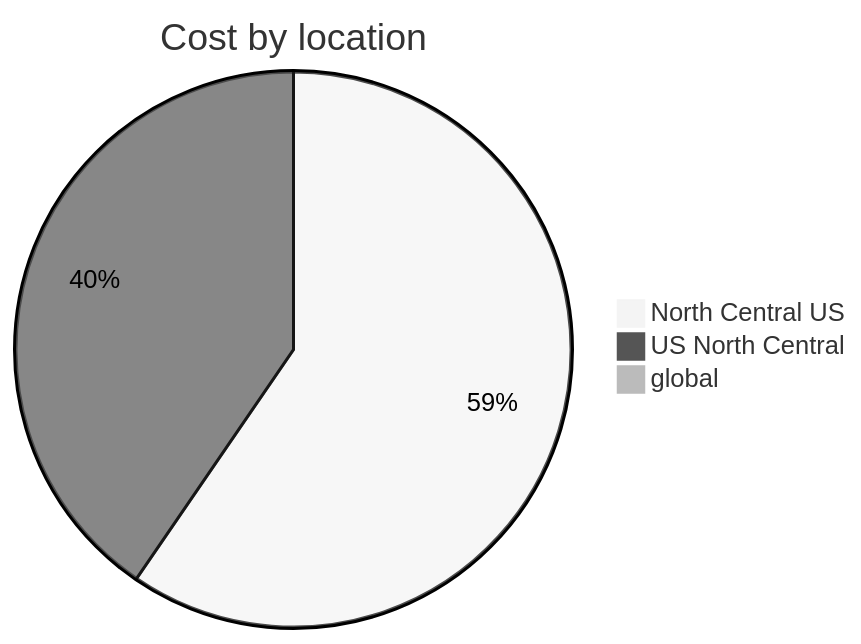
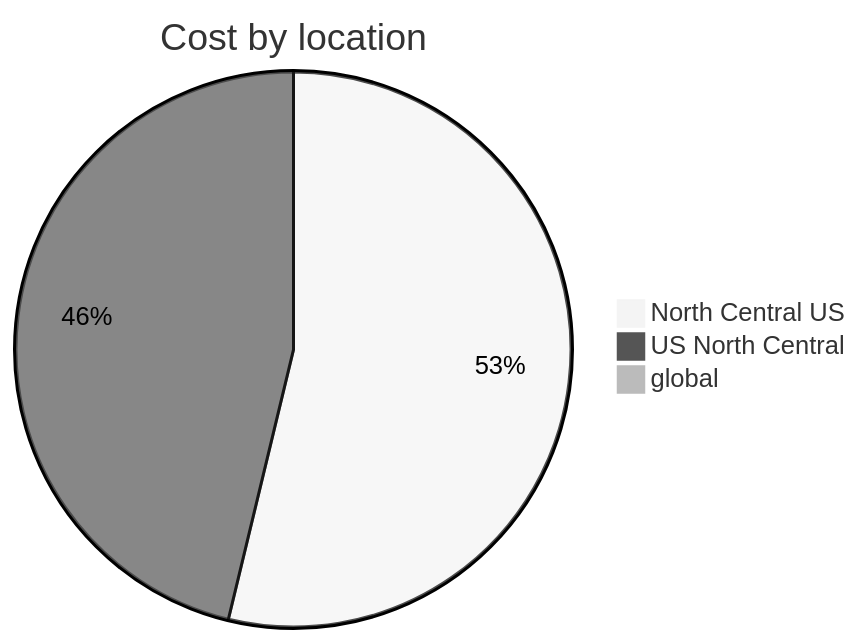
The third of 4 diagrams in cost-reports/personal-network/README.md (jpfulton/azure-personal-reports), drawn with Mermaid (neutral theme) before and after one commit. The commit also changed other lines of this file and 8 other files, not shown here.

````diff
--- a/cost-reports/personal-network/README.md
+++ b/cost-reports/personal-network/README.md
@@ -115,7 +115,7 @@
 ```mermaid
 pie
    title Cost by location
-   "North Central US" : 0.81
-   "US North Central" : 0.55
-   "global" : 0.01
+   "North Central US" : 1.64
+   "US North Central" : 1.41
+   "global" : 0.03
 ```
````
